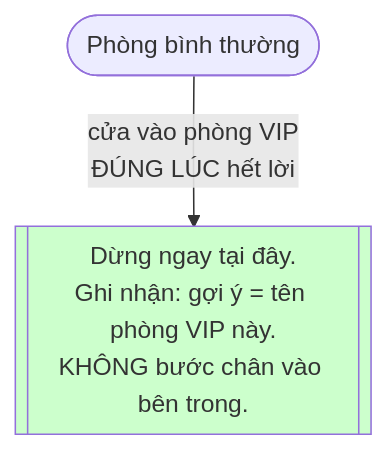
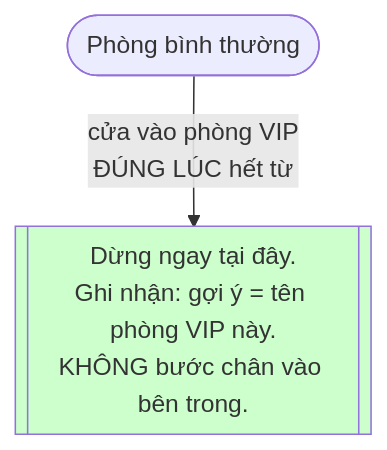
Before and after one commit to namnv98/naviq: the eighth of 9 diagrams in flow.md, drawn with Mermaid. The commit also changed other lines of this file and 3 other files, not shown here.

````diff
--- a/flow.md
+++ b/flow.md
@@ -340,5 +378,5 @@
 ```mermaid
 flowchart TD
-    R1([Phòng bình thường]) -->|" cửa vào phòng VIP<br/>ĐÚNG LÚC hết lời "| shortcut[["Dừng ngay tại đây.<br/>Ghi nhận: gợi ý = tên phòng VIP này.<br/>KHÔNG bước chân vào bên trong."]]
+    R1([Phòng bình thường]) -->|" cửa vào phòng VIP<br/>ĐÚNG LÚC hết từ "| shortcut[["Dừng ngay tại đây.<br/>Ghi nhận: gợi ý = tên phòng VIP này.<br/>KHÔNG bước chân vào bên trong."]]
     style shortcut fill: #cfc
 ```
````
